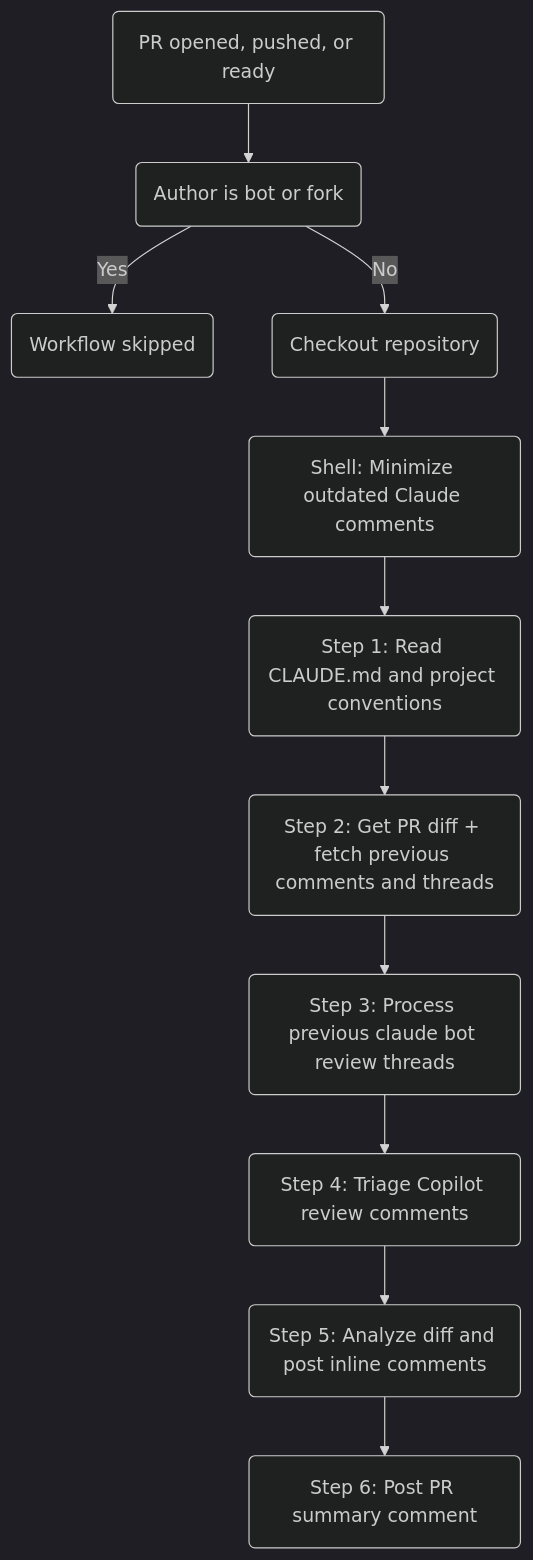
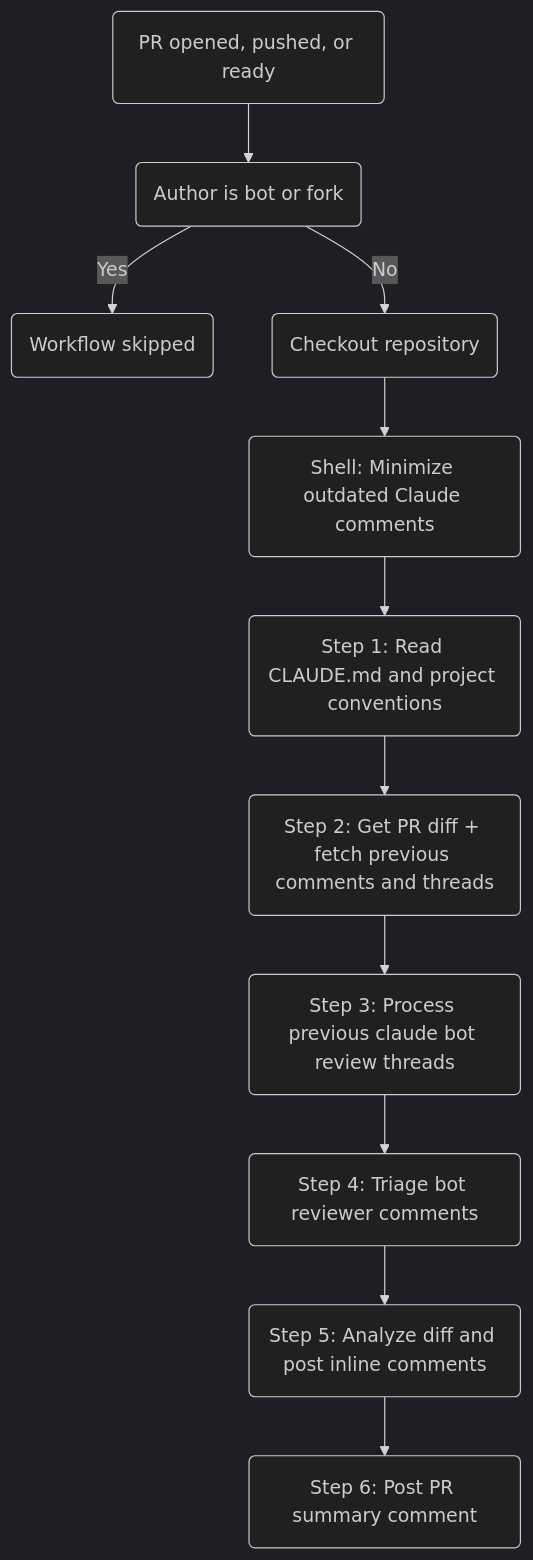
Before and after one commit to SchweizerischeBundesbahnen/github-workflows-polarion: the first of 2 diagrams in docs/claude-code-review.md, drawn with Mermaid (dark theme). The commit also changed other lines of this file and 2 other files, not shown here.

First line of the commit message:
feat: generalize review triage to all bot reviewers (#45)

````diff
--- a/docs/claude-code-review.md
+++ b/docs/claude-code-review.md
@@ -40,13 +40,13 @@
 ```mermaid
 flowchart TD
   A(PR opened, pushed, or ready) --> B(Author is bot or fork)
   B -->|Yes| Z(Workflow skipped)
   B -->|No| C(Checkout repository)
   C --> D(Shell: Minimize outdated Claude comments)
   D --> E(Step 1: Read CLAUDE.md and project conventions)
   E --> F(Step 2: Get PR diff + fetch previous comments and threads)
   F --> G(Step 3: Process previous claude bot review threads)
-  G --> H(Step 4: Triage Copilot review comments)
+  G --> H(Step 4: Triage bot reviewer comments)
   H --> I(Step 5: Analyze diff and post inline comments)
   I --> J(Step 6: Post PR summary comment)
 ```
````
